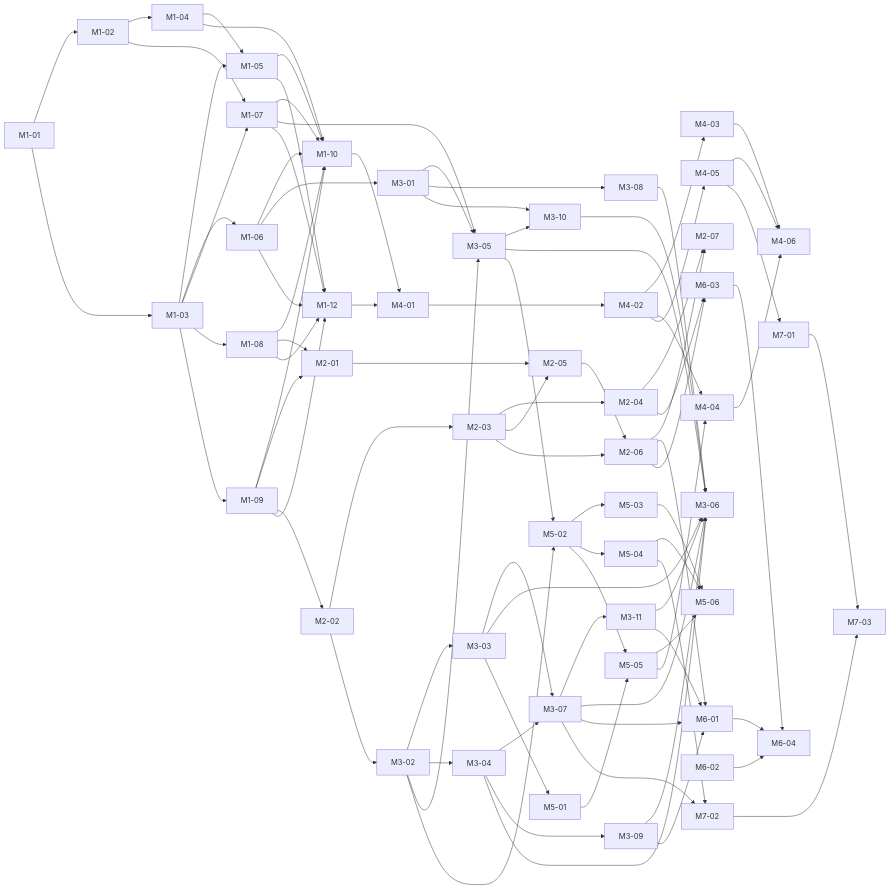
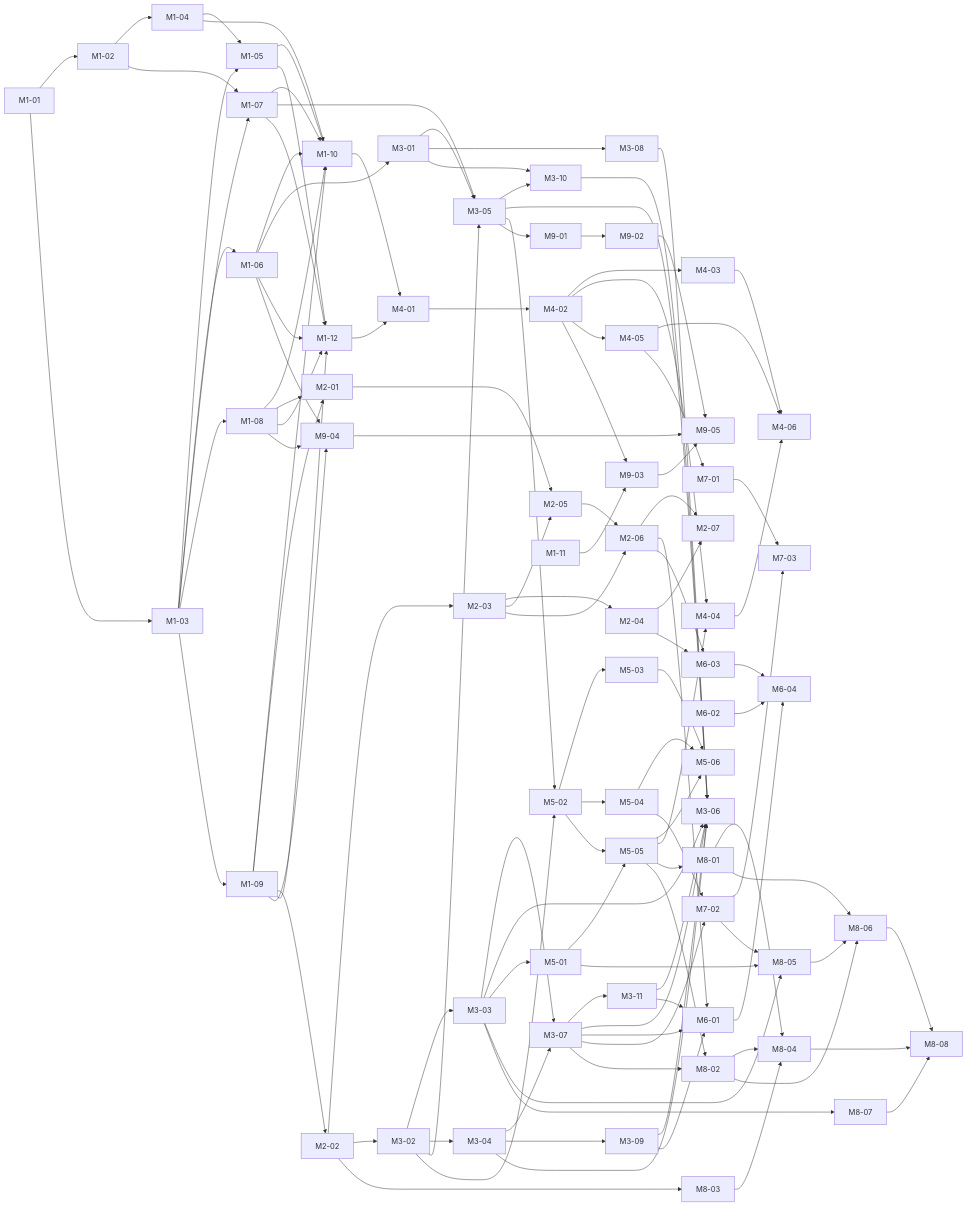
Before and after one commit to Duresa7/app-portal: the diagram in docs/ROADMAP.md, drawn with Mermaid. The commit also changed other lines of this file and 13 other files, not shown here.

````diff
--- a/docs/ROADMAP.md
+++ b/docs/ROADMAP.md
@@ -119,43 +134,55 @@
 ```mermaid
 graph LR
   M1-01 --> M1-02 --> M1-04 --> M1-05
   M1-01 --> M1-03 --> M1-05
   M1-03 --> M1-06
   M1-02 --> M1-07
   M1-03 --> M1-07
   M1-03 --> M1-08
   M1-03 --> M1-09
   M1-04 & M1-05 & M1-06 & M1-07 & M1-08 & M1-09 --> M1-10
   M1-08 & M1-09 --> M2-01
   M1-09 --> M2-02 --> M2-03 --> M2-04
   M2-01 & M2-03 --> M2-05
   M2-03 & M2-05 --> M2-06
   M2-04 & M2-06 --> M2-07
   M1-06 --> M3-01
   M2-02 --> M3-02 --> M3-03
   M3-02 --> M3-04
   M3-01 & M3-02 & M1-07 --> M3-05
   M3-03 & M3-04 --> M3-07 --> M3-11
   M3-01 --> M3-08
   M3-04 --> M3-09
   M3-01 & M3-05 --> M3-10
   M3-03 & M3-04 & M3-05 & M3-07 & M3-08 & M3-09 & M3-10 & M3-11 --> M3-06
   M1-05 & M1-06 & M1-07 & M1-08 & M1-09 --> M1-12
   M1-10 & M1-12 --> M4-01 --> M4-02 --> M4-03
   M4-02 --> M4-04
   M4-02 --> M4-05
   M4-03 & M4-04 & M4-05 --> M4-06
   M3-03 --> M5-01
   M3-02 & M3-05 --> M5-02
   M5-02 --> M5-03
   M5-02 --> M5-04
   M5-01 & M5-02 --> M5-05
   M5-03 & M5-04 & M5-05 --> M5-06
   M5-05 --> M4-04
   M2-06 & M3-07 & M3-09 & M3-11 --> M6-01
   M2-04 & M2-06 --> M6-03
   M6-01 & M6-02 & M6-03 --> M6-04
   M4-05 --> M7-01
   M3-07 & M5-04 --> M7-02
   M7-01 & M7-02 --> M7-03
+  M5-05 --> M8-01
+  M3-07 & M5-05 --> M8-02
+  M2-02 --> M8-03
+  M8-01 & M8-02 & M8-03 --> M8-04
+  M3-03 & M5-01 & M7-02 --> M8-05
+  M8-01 & M8-02 & M8-05 --> M8-06
+  M3-03 --> M8-07
+  M8-04 & M8-06 & M8-07 --> M8-08
+  M3-05 --> M9-01 --> M9-02
+  M1-11 & M4-02 --> M9-03
+  M1-06 & M1-08 & M1-09 --> M9-04
+  M9-02 & M9-03 & M9-04 --> M9-05
 ```
````
